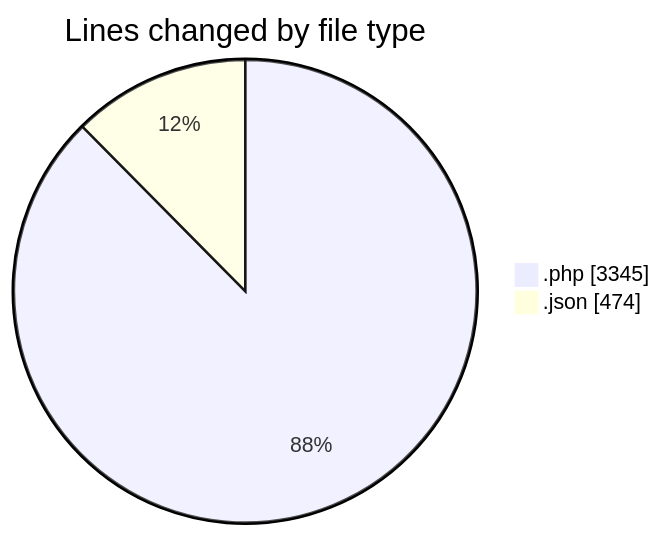
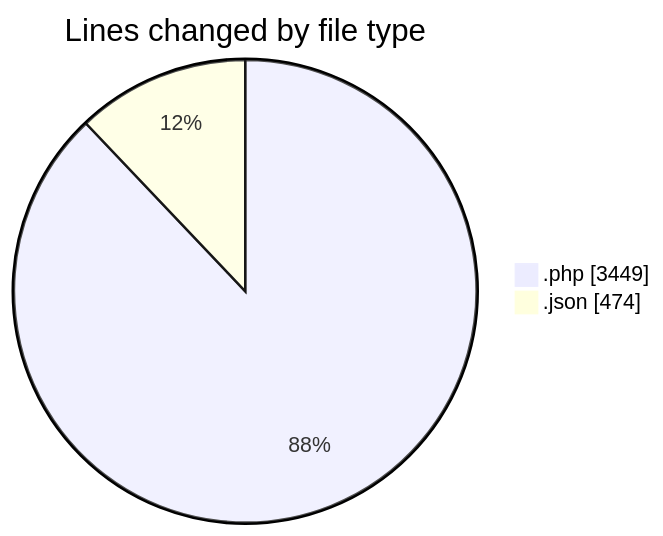
Before and after one commit to idhammustaqopulfikri/code-tracking: the first of 2 diagrams in 2025-06-22/studio-backend/README.md, drawn with Mermaid. The commit also changed other lines of this file and 1 other file, not shown here.

````diff
--- a/2025-06-22/studio-backend/README.md
+++ b/2025-06-22/studio-backend/README.md
@@ -30,6 +30,6 @@
 ```mermaid
 pie showData
 title Lines changed by file type
-".php" : 3345
+".php" : 3449
 ".json" : 474
 ```
````
